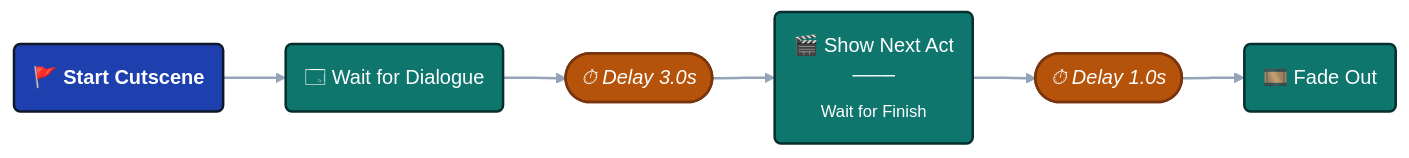
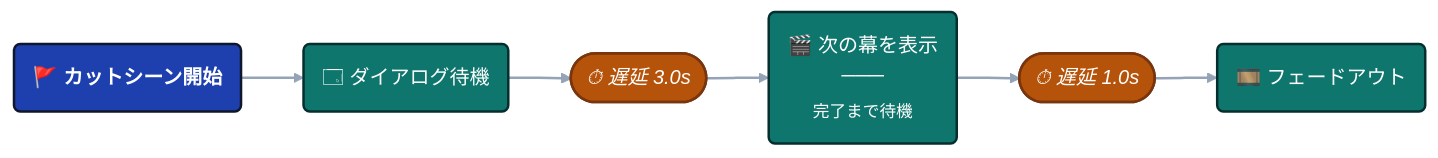
Before and after one commit to tinygiants-tech/TinyGiants: the second of 3 diagrams in i18n/ja/docusaurus-plugin-content-docs/current/game-event-system/flow-graph/game-event-node-connector.md, drawn with Mermaid. The commit also changed other lines of this file and 81 other files, not shown here.

````diff
--- a/i18n/ja/docusaurus-plugin-content-docs/current/game-event-system/flow-graph/game-event-node-connector.md
+++ b/i18n/ja/docusaurus-plugin-content-docs/current/game-event-system/flow-graph/game-event-node-connector.md
@@ -75,22 +75,22 @@
 ```mermaid
 graph LR
 
     classDef event fill:#1e40af,stroke:#0f172a,stroke-width:2px,color:#ffffff,font-weight:bold
     classDef action fill:#0f766e,stroke:#042f2e,stroke-width:2px,color:#ffffff
     classDef delay fill:#b45309,stroke:#78350f,stroke-width:2px,color:#ffffff,font-style:italic
 
-    A("🚩 Start Cutscene"):::event
-    B("🗔 Wait for Dialogue"):::action
-    C(["⏱ Delay 3.0s"]):::delay
-    D("🎬 Show Next Act<br/>───<br/><sub>Wait for Finish</sub>"):::action
-    E(["⏱ Delay 1.0s"]):::delay
-    F("🎞️ Fade Out"):::action
+    A("🚩 カットシーン開始"):::event
+    B("🗔 ダイアログ待機"):::action
+    C(["⏱ 遅延 3.0s"]):::delay
+    D("🎬 次の幕を表示<br/>───<br/><sub>完了まで待機</sub>"):::action
+    E(["⏱ 遅延 1.0s"]):::delay
+    F("🎞️ フェードアウト"):::action
 
     A --> B
     B --> C
     C --> D
     D --> E
     E --> F
 
     linkStyle default stroke:#94a3b8,stroke-width:2px
 ```
````
